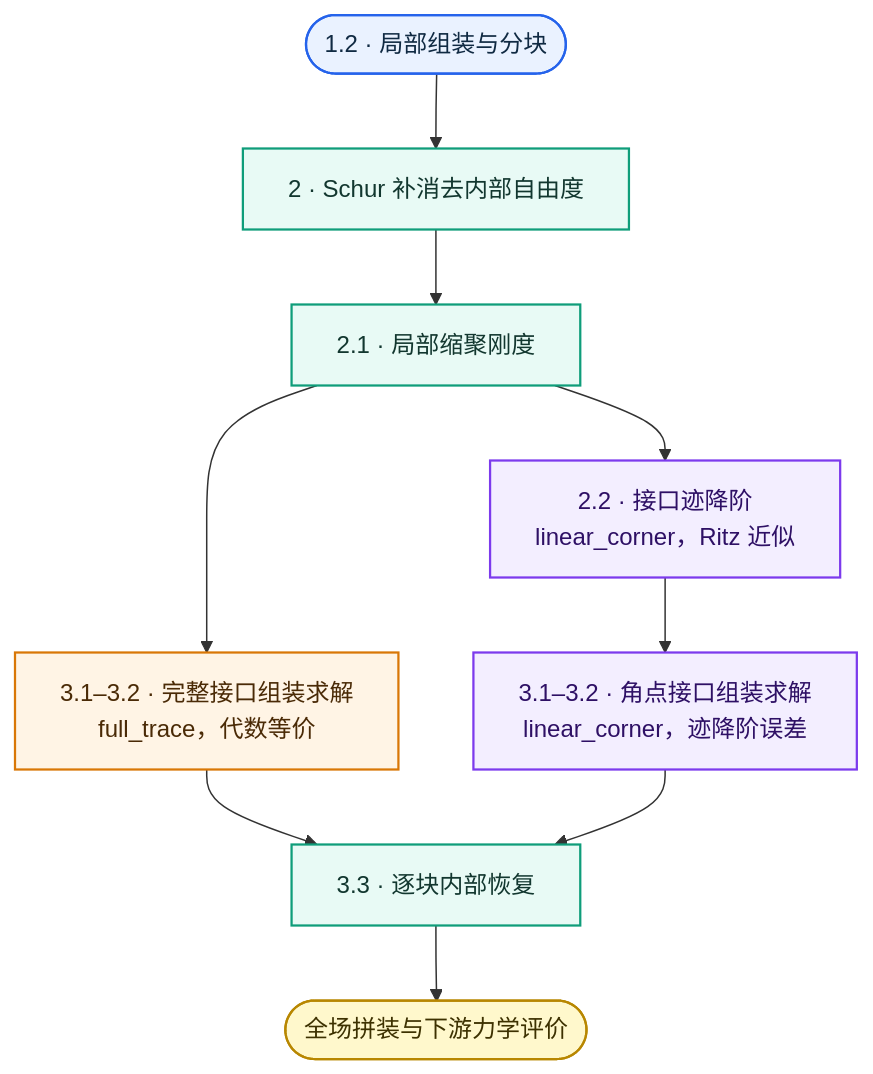
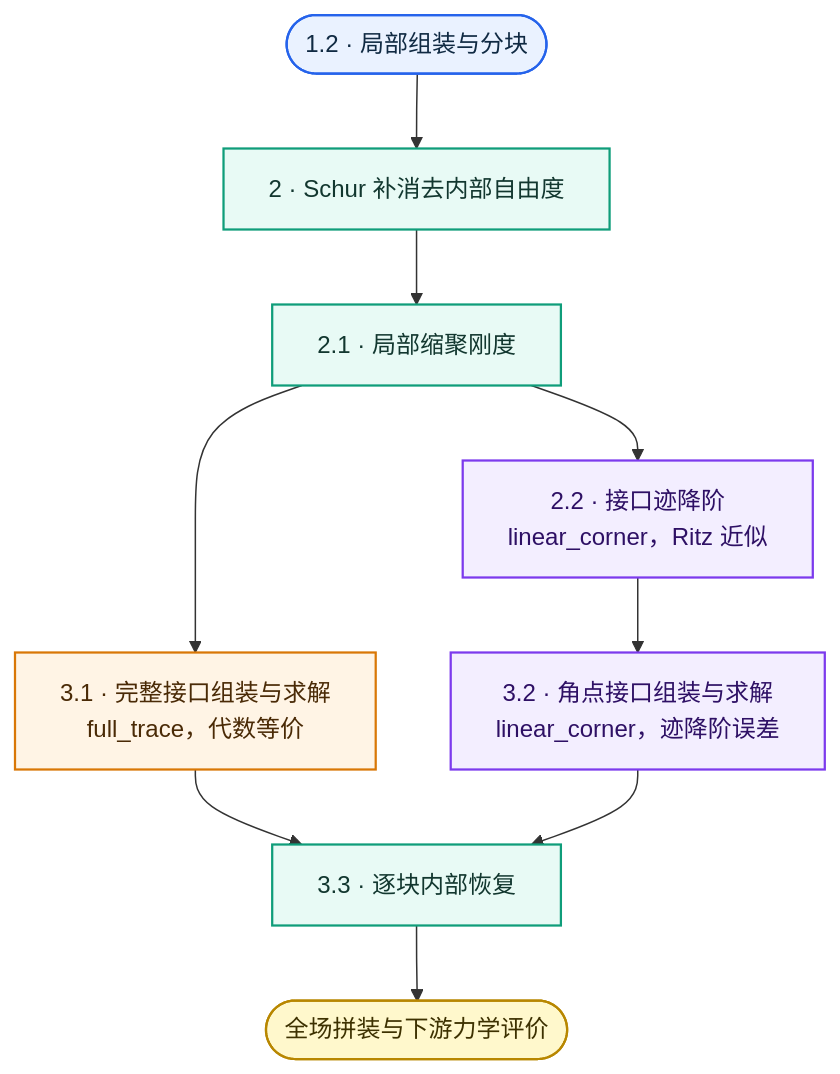
Before and after one commit to brighthe/dut-postdoc: the diagram in concepts/exact-substructural.md, drawn with Mermaid. The commit also changed other lines of this file and 4 other files, not shown here.

````diff
--- a/concepts/exact-substructural.md
+++ b/concepts/exact-substructural.md
@@ -28,32 +28,32 @@
 ```mermaid
 flowchart TD
     A1(["1.2 · 局部组装与分块"])
     A2["2 · Schur 补消去内部自由度"]
     M1["2.1 · 局部缩聚刚度"]
     M2["2.2 · 接口迹降阶<br/>linear_corner，Ritz 近似"]
-    B1["3.1–3.2 · 完整接口组装求解<br/>full_trace，代数等价"]
-    B2["3.1–3.2 · 角点接口组装求解<br/>linear_corner，迹降阶误差"]
+    B1["3.1 · 完整接口组装与求解<br/>full_trace，代数等价"]
+    B2["3.2 · 角点接口组装与求解<br/>linear_corner，迹降阶误差"]
     C1["3.3 · 逐块内部恢复"]
     C2(["全场拼装与下游力学评价"])
 
     A1 --> A2
     A2 --> M1
     M1 --> B1
     M1 --> M2
     M2 --> B2
     B1 --> C1
     B2 --> C1
     C1 --> C2
 
     classDef input fill:#EAF2FF,stroke:#2563EB,color:#102A43,stroke-width:1.5px;
     classDef local fill:#E8FAF5,stroke:#0F9D7A,color:#12372F,stroke-width:1.5px;
     classDef exact fill:#FFF4E5,stroke:#D97706,color:#4A2A06,stroke-width:1.5px;
     classDef reduced fill:#F3EEFF,stroke:#7C3AED,color:#2E1065,stroke-width:1.5px;
     classDef downstream fill:#FFF8CC,stroke:#B88700,color:#3D3100,stroke-width:1.5px;
 
     class A1 input;
     class A2,M1,C1 local;
     class B1 exact;
     class M2,B2 reduced;
     class C2 downstream;
 ```
````
